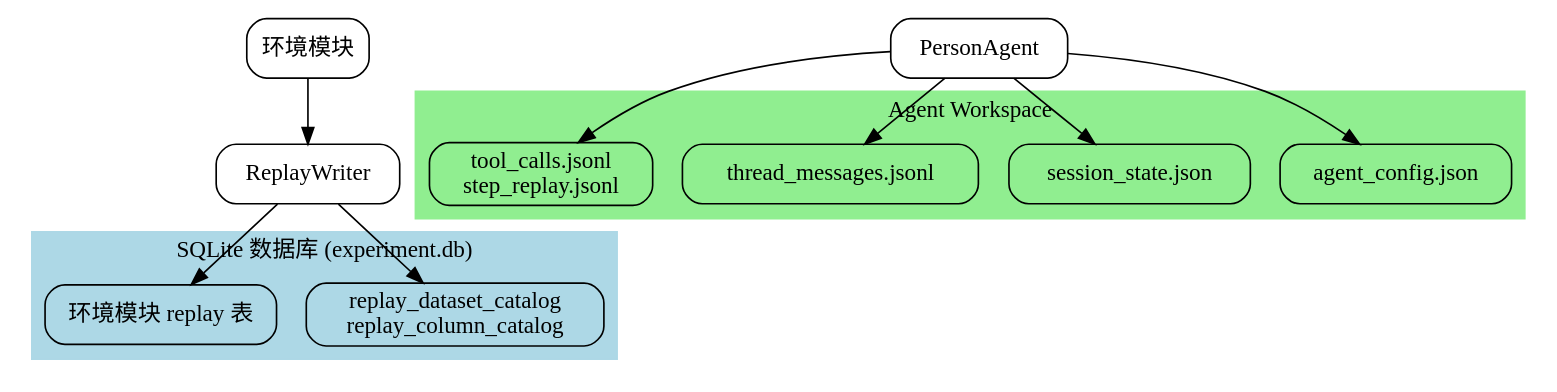
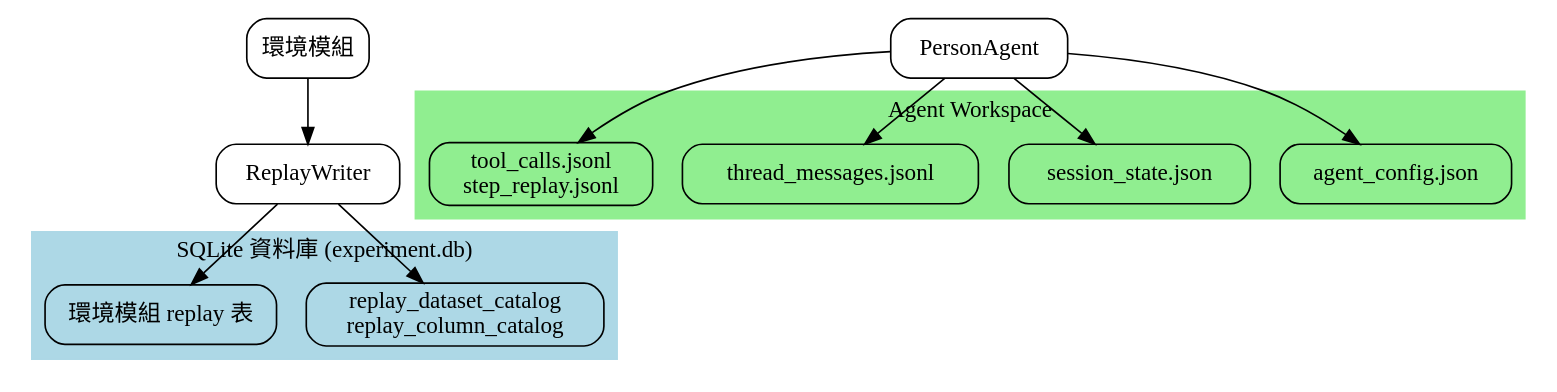
The first of 2 diagrams in agentsociety/packages/agentsociety2/docs/storage.rst (HandsomeGod0516/HellowGodWorld), drawn with Graphviz before and after one commit. The commit also changed other lines of this file and 654 other files, not shown here.

```diff
--- a/agentsociety/packages/agentsociety2/docs/storage.rst
+++ b/agentsociety/packages/agentsociety2/docs/storage.rst
@@ -38,38 +38,38 @@
 .. graphviz::
 
    digraph storage_architecture {
        rankdir=TB;
        node [shape=box, style=rounded];
 
        subgraph cluster_db {
-           label = "SQLite 数据库 (experiment.db)";
+           label = "SQLite 資料庫 (experiment.db)";
            style=filled;
            color=lightblue;
 
            Catalog [label="replay_dataset_catalog\nreplay_column_catalog"];
-           Custom [label="环境模块 replay 表"];
+           Custom [label="環境模組 replay 表"];
        }
 
        subgraph cluster_workspace {
            label = "Agent Workspace";
            style=filled;
            color=lightgreen;
 
            Config [label="agent_config.json"];
            Session [label="session_state.json"];
            Thread [label="thread_messages.jsonl"];
            Logs [label="tool_calls.jsonl\nstep_replay.jsonl"];
        }
 
        ReplayWriter [label="ReplayWriter"];
-       Env [label="环境模块"];
+       Env [label="環境模組"];
        Person [label="PersonAgent"];
 
        Env -> ReplayWriter;
        ReplayWriter -> Catalog;
        ReplayWriter -> Custom;
        Person -> Config;
        Person -> Session;
        Person -> Thread;
        Person -> Logs;
    }
```
